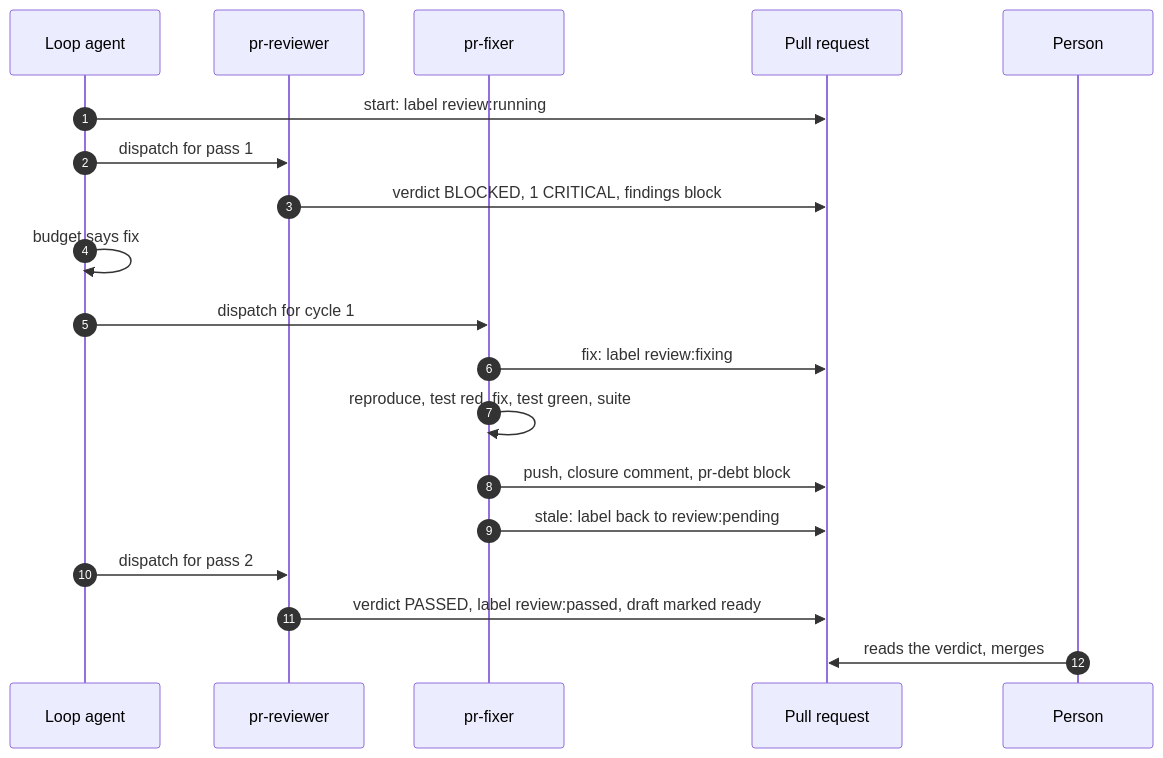
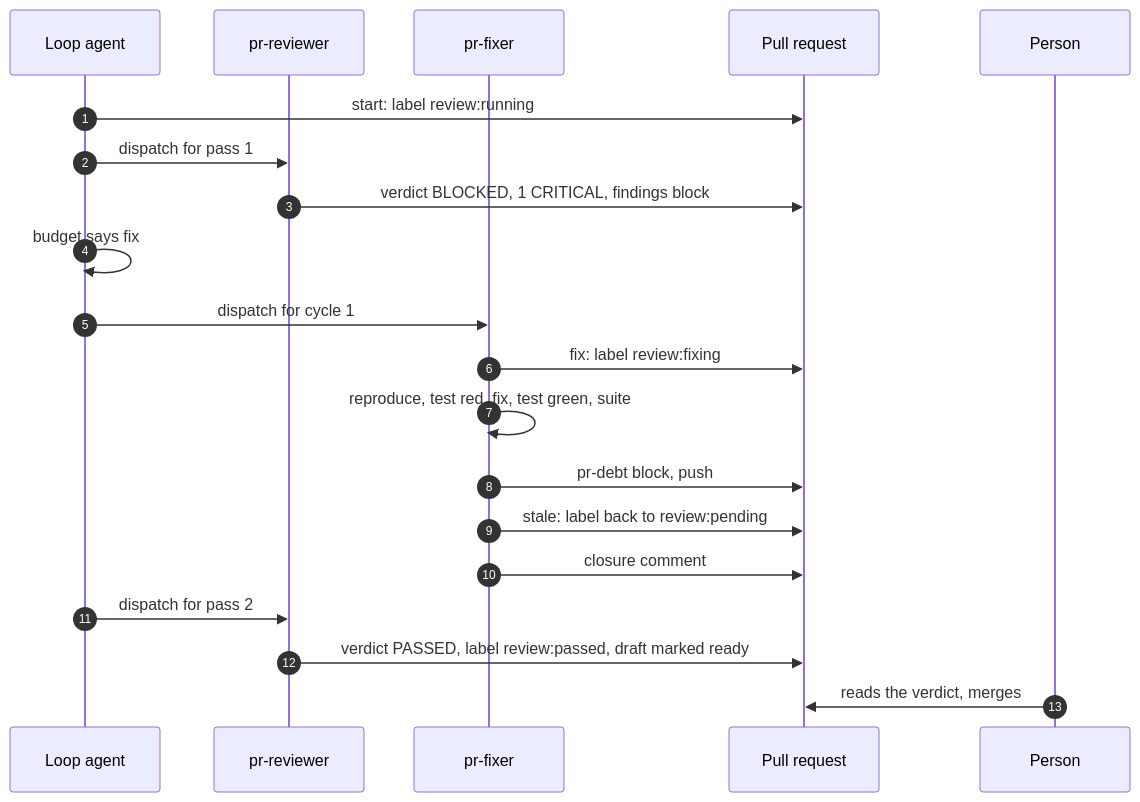
The third of 5 diagrams in docs/HOW-IT-WORKS.md (jonyfs/pr-reviewer-fixer), drawn with Mermaid before and after one commit. The commit also changed 6 other files, not shown here.

````diff
--- a/docs/HOW-IT-WORKS.md
+++ b/docs/HOW-IT-WORKS.md
@@ -82,21 +82,22 @@
 ```mermaid
 sequenceDiagram
     autonumber
     participant L as Loop agent
     participant R as pr-reviewer
     participant F as pr-fixer
     participant GH as Pull request
     participant P as Person
     L->>GH: start: label review:running
     L->>R: dispatch for pass 1
     R->>GH: verdict BLOCKED, 1 CRITICAL, findings block
     L->>L: budget says fix
     L->>F: dispatch for cycle 1
     F->>GH: fix: label review:fixing
     F->>F: reproduce, test red, fix, test green, suite
-    F->>GH: push, closure comment, pr-debt block
+    F->>GH: pr-debt block, push
     F->>GH: stale: label back to review:pending
+    F->>GH: closure comment
     L->>R: dispatch for pass 2
     R->>GH: verdict PASSED, label review:passed, draft marked ready
     P->>GH: reads the verdict, merges
 ```
````
